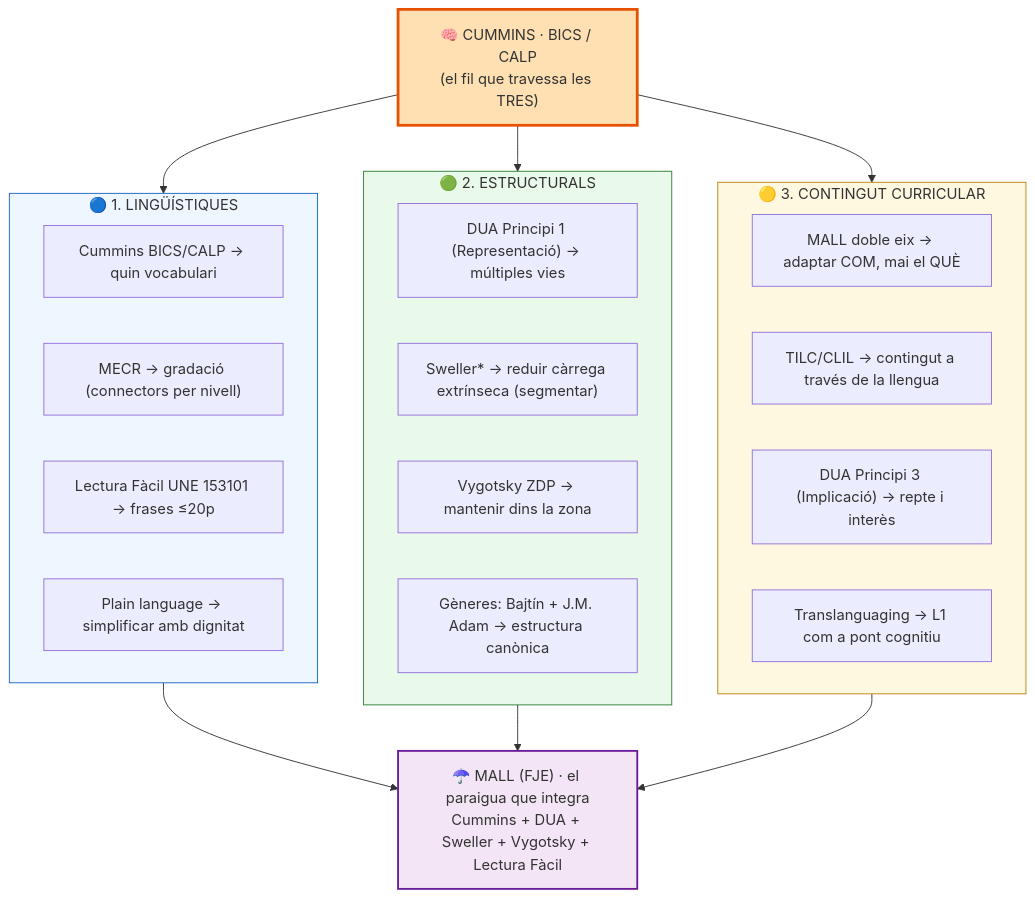
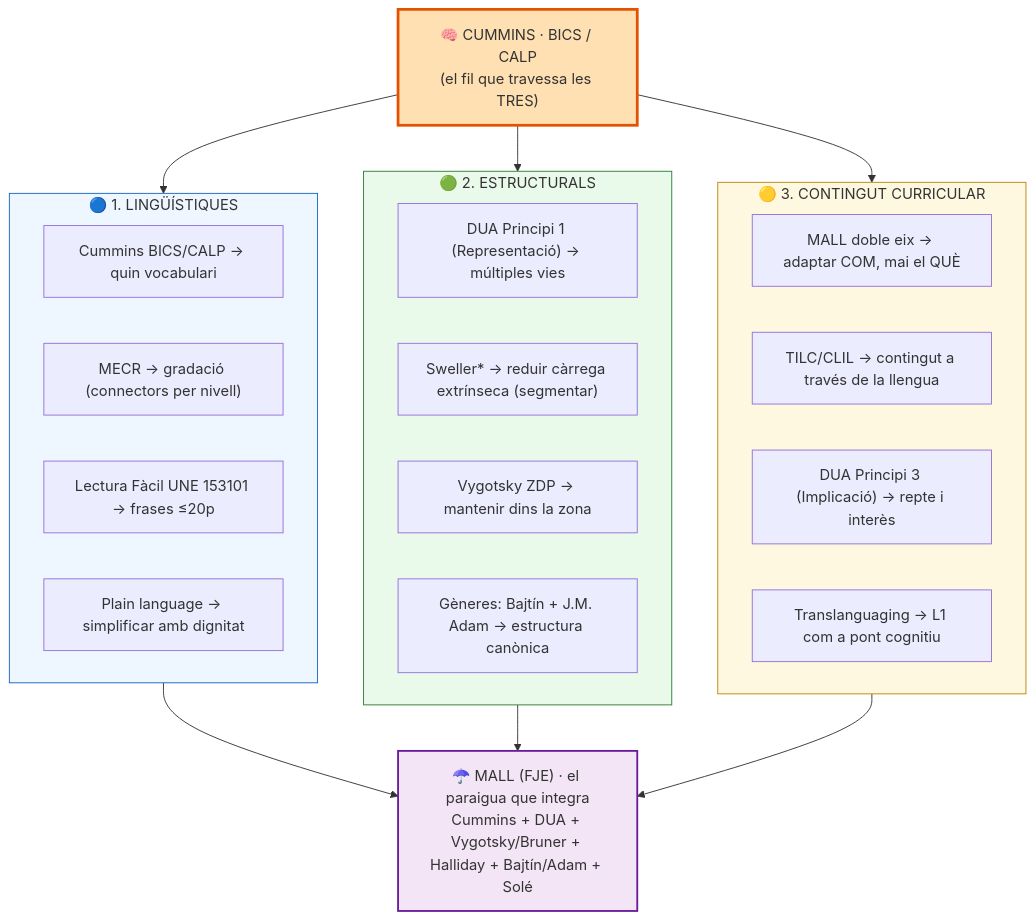
Before and after one commit to miquelamor-ai/ATNE-RAG-KG: the fifth of 7 diagrams in docs/mapa_taxonomies_visual.md, drawn with Mermaid. The commit also changed other lines of this file and 5 other files, not shown here.

First line of the commit message:
fix(taxonomies): desmarca Sweller com a fonament + bump corpusFJE (canon mediacio)

````diff
--- a/docs/mapa_taxonomies_visual.md
+++ b/docs/mapa_taxonomies_visual.md
@@ -121,40 +121,40 @@
 ```mermaid
 flowchart TB
     CUMMINS["🧠 CUMMINS · BICS / CALP<br/>(el fil que travessa les TRES)"]
 
     subgraph LING["🔵 1. LINGÜÍSTIQUES"]
         L1["Cummins BICS/CALP → quin vocabulari"]
         L2["MECR → gradació (connectors per nivell)"]
         L3["Lectura Fàcil UNE 153101 → frases ≤20p"]
         L4["Plain language → simplificar amb dignitat"]
     end
 
     subgraph ESTR["🟢 2. ESTRUCTURALS"]
         E1["DUA Principi 1 (Representació) → múltiples vies"]
         E2["Sweller* → reduir càrrega extrínseca (segmentar)"]
         E3["Vygotsky ZDP → mantenir dins la zona"]
         E4["Gèneres: Bajtín + J.M. Adam → estructura canònica"]
     end
 
     subgraph CONT["🟡 3. CONTINGUT CURRICULAR"]
         C1["MALL doble eix → adaptar COM, mai el QUÈ"]
         C2["TILC/CLIL → contingut a través de la llengua"]
         C3["DUA Principi 3 (Implicació) → repte i interès"]
         C4["Translanguaging → L1 com a pont cognitiu"]
     end
 
     CUMMINS --> LING
     CUMMINS --> ESTR
     CUMMINS --> CONT
 
-    MALL["☂️ MALL (FJE) · el paraigua que integra<br/>Cummins + DUA + Sweller + Vygotsky + Lectura Fàcil"]
+    MALL["☂️ MALL (FJE) · el paraigua que integra<br/>Cummins + DUA + Vygotsky/Bruner + Halliday + Bajtín/Adam + Solé"]
     LING --> MALL
     ESTR --> MALL
     CONT --> MALL
 
     style CUMMINS fill:#ffe0b2,stroke:#e65100,stroke-width:3px
     style LING fill:#eef6ff,stroke:#1565c0
     style ESTR fill:#eafaea,stroke:#2e7d32
     style CONT fill:#fff8e1,stroke:#b8860b
     style MALL fill:#f3e5f5,stroke:#6a1b9a,stroke-width:2px
 ```
````
